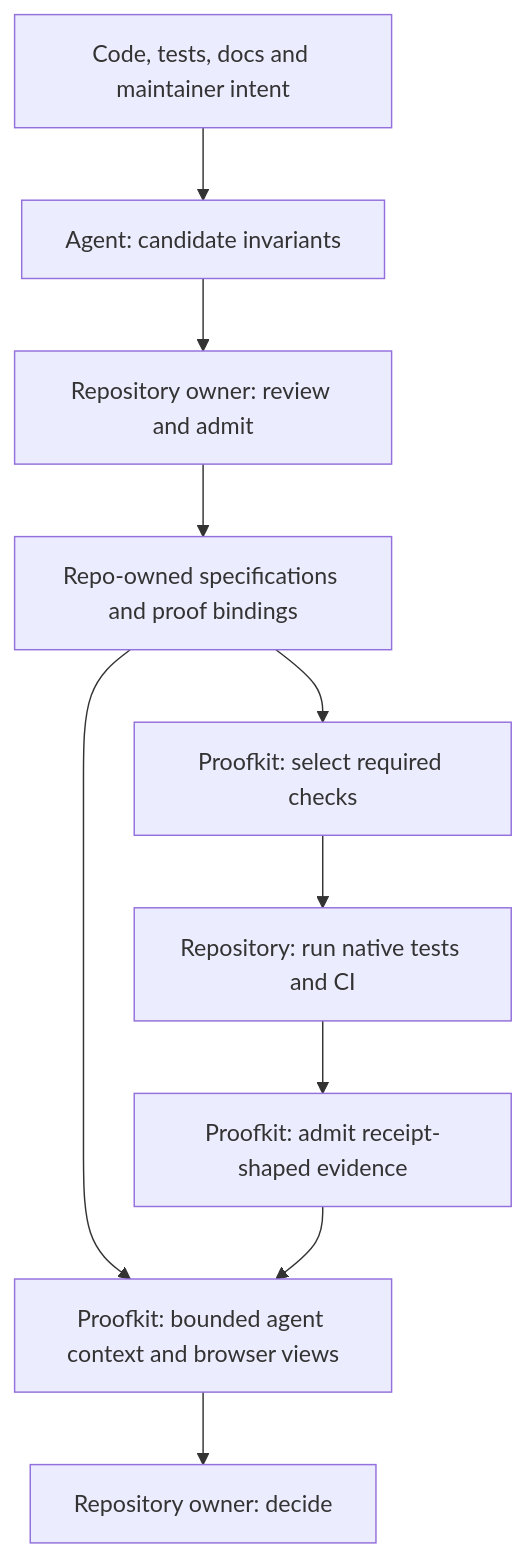
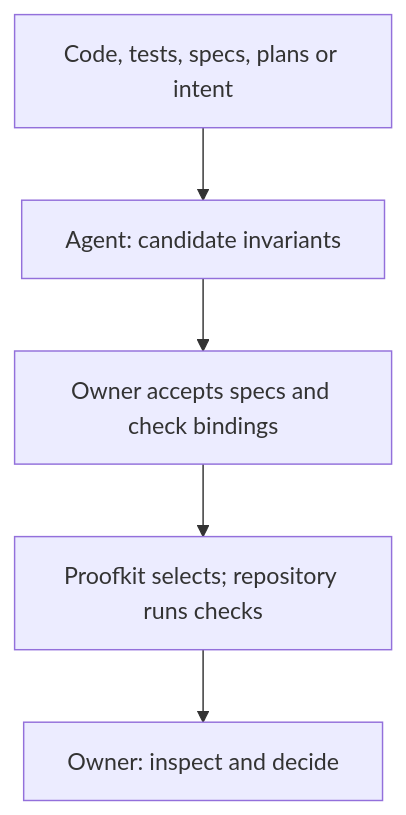
The diagram in README.md (research-engineering/agentic-proofkit), drawn with Mermaid before and after one commit. The commit also changed other lines of this file and 4 other files, not shown here.

````diff
--- a/README.md
+++ b/README.md
@@ -44,12 +44,7 @@
 ```mermaid
 flowchart TB
-    Observations["Code, tests, docs and maintainer intent"] --> Candidates["Agent: candidate invariants"]
-    Candidates --> Review["Repository owner: review and admit"]
-    Review --> Specs["Repo-owned specifications and proof bindings"]
-    Specs --> Checks["Proofkit: select required checks"]
-    Checks --> Native["Repository: run native tests and CI"]
-    Native --> Evidence["Proofkit: admit receipt-shaped evidence"]
-    Specs --> Views["Proofkit: bounded agent context and browser views"]
-    Evidence --> Views
-    Views --> Decision["Repository owner: decide"]
+    Sources["Code, tests, specs, plans or intent"] --> Draft["Agent: candidate invariants"]
+    Draft --> Spec["Owner accepts specs and check bindings"]
+    Spec --> Run["Proofkit selects; repository runs checks"]
+    Run --> Review["Owner: inspect and decide"]
 ```
````
